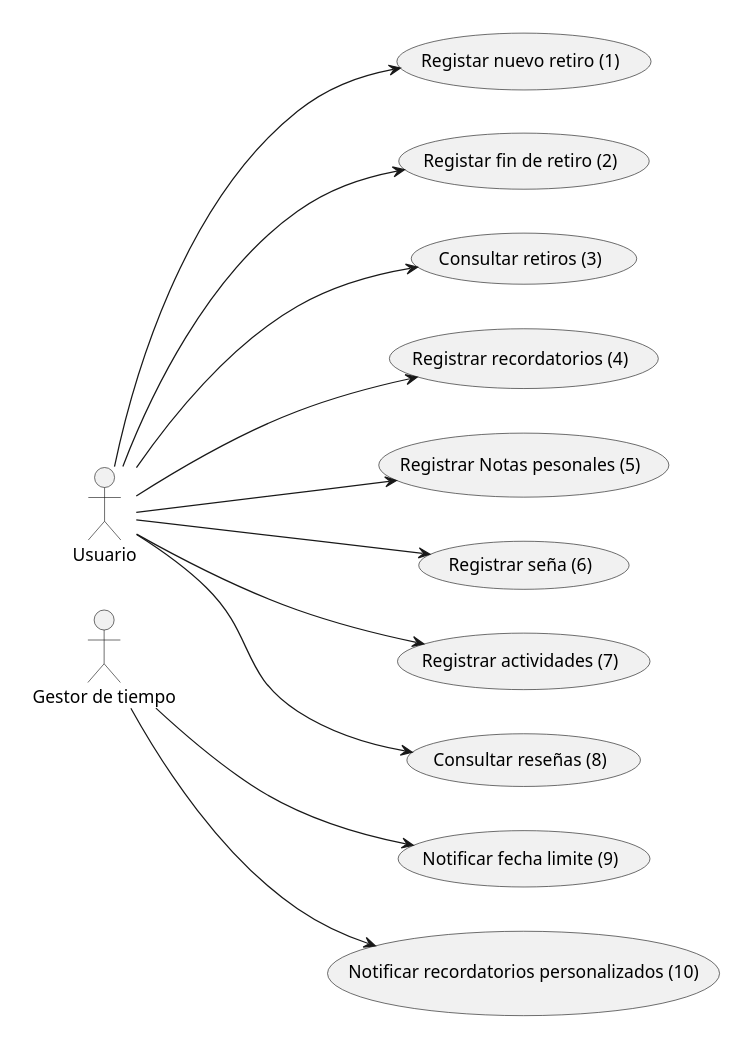
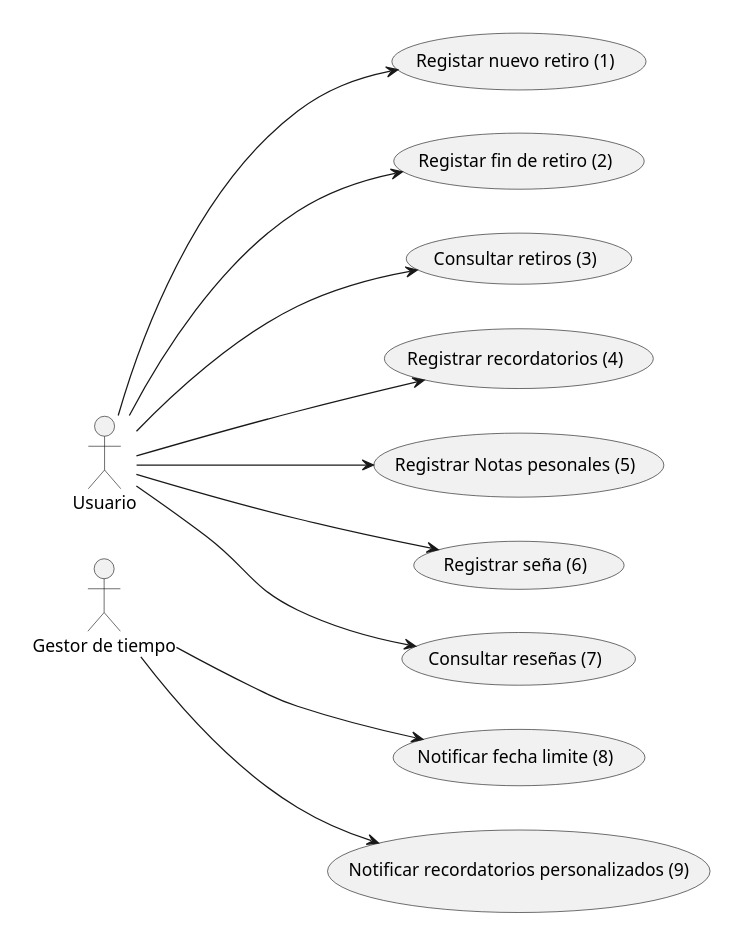
One commit to angelkemerer/diagramas-uml changed the diagram in TPI/tpiEntrega1V1.2.puml. Above: the diagram before and after it, drawn with PlantUML. The commit also changed 1 other file, not shown here.

Commit message:
elimine el CU registrar actividades

```diff
--- a/TPI/tpiEntrega1V1.2.puml
+++ b/TPI/tpiEntrega1V1.2.puml
@@ -1,40 +1,38 @@
 @startuml diagrama caso de uso TPI
 top to bottom direction
 
 skinparam package {
     BackgroundColor transparent
     borderColor transparente
 }
 ' Definición de actores 
 package {
     actor "Usuario" as us
     actor "Gestor de tiempo" as time
 }
 
 ' Definición de casos de uso
 package {
     left to right direction
     usecase "Registar nuevo retiro (1)" as UC1
     usecase "Registar fin de retiro (2)" as UC2
     usecase "Consultar retiros (3)" as UC3
     usecase "Registrar recordatorios (4)" as UC4
     usecase "Registrar Notas pesonales (5)" as UC5
     usecase "Registrar seña (6)" as UC6
-    usecase "Registrar actividades (7)" as UC7
-    usecase "Consultar reseñas (8)" as UC8
-    usecase "Notificar fecha limite (9)" as UC9
-    usecase "Notificar recordatorios personalizados (10)" as UC10
+    usecase "Consultar reseñas (7)" as UC7
+    usecase "Notificar fecha limite (8)" as UC8
+    usecase "Notificar recordatorios personalizados (9)" as UC9
 }
 
 ' relaciones entre actores y casos de uso
 us ---> UC1
 us ---> UC2
 us ---> UC3
 us ---> UC4
 us ---> UC5
 us ---> UC6
 us ---> UC7
-us ---> UC8
+time ---> UC8
 time --> UC9
-time --> UC10
 @enduml
```
